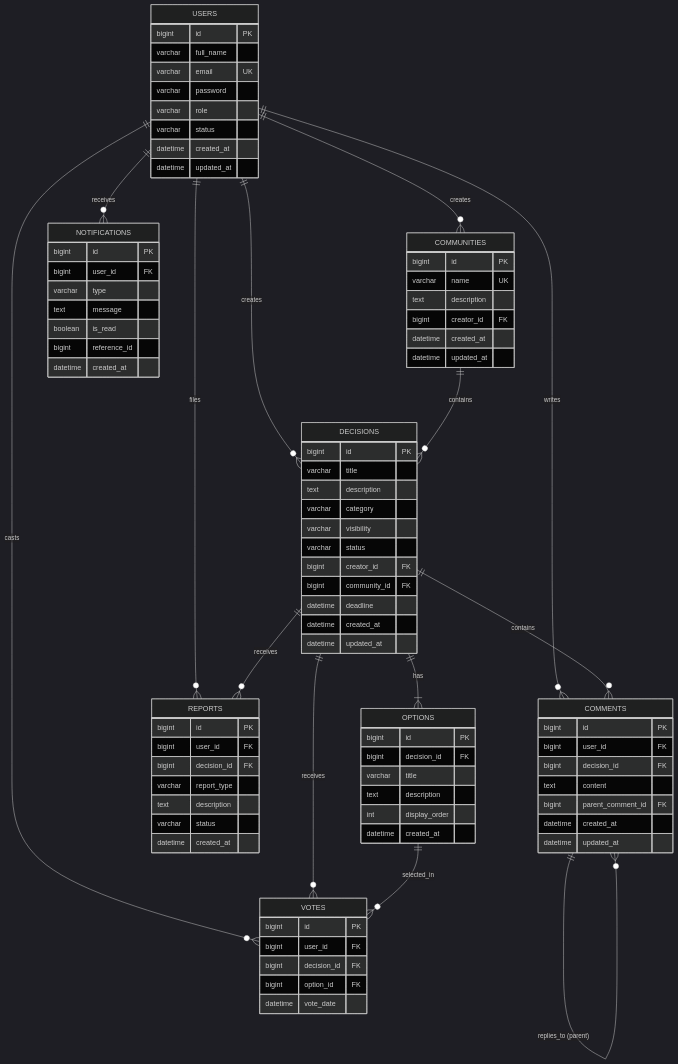
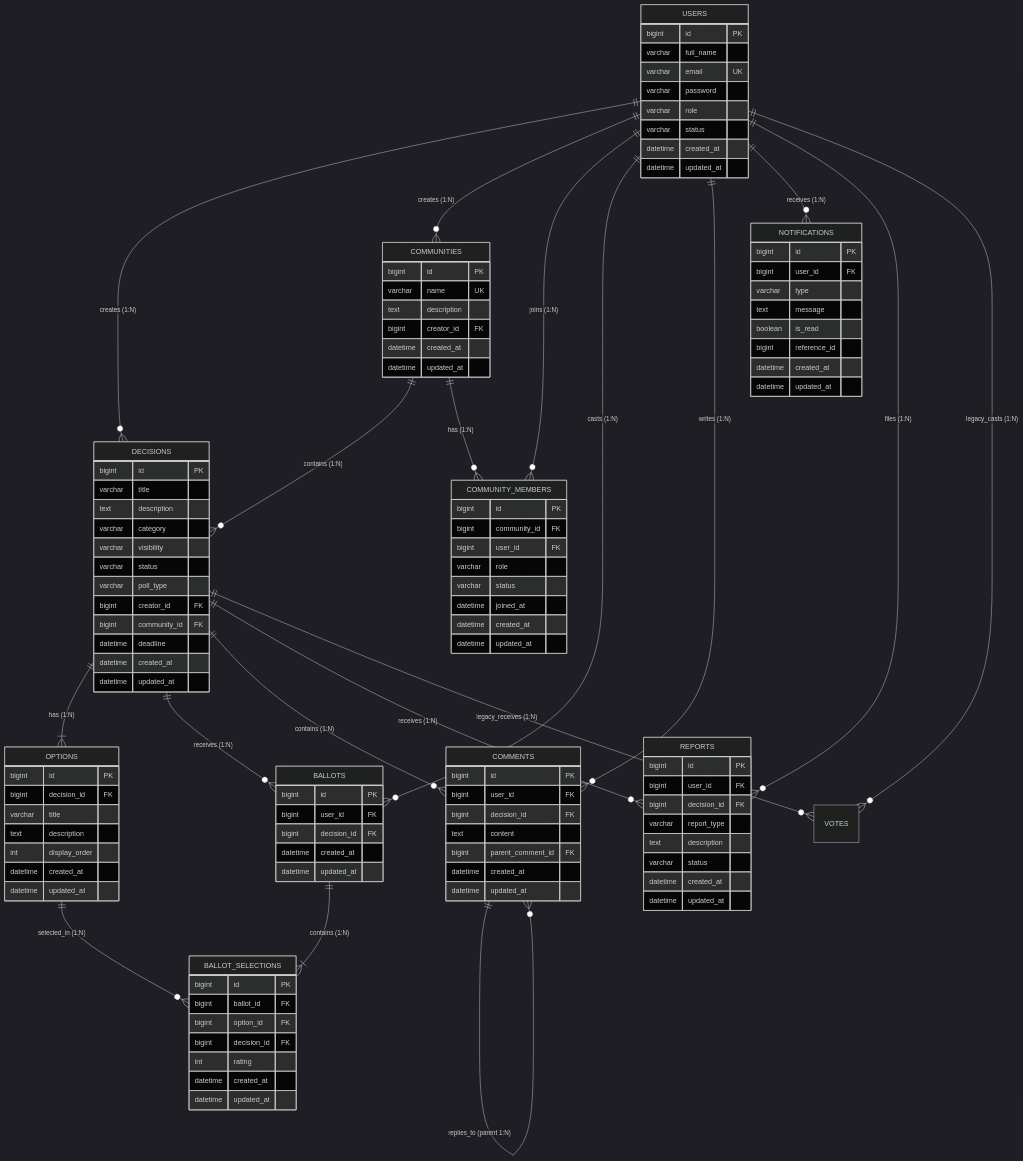
One commit to springboardmentor103/decisionIntelligence-oct-T1 changed the diagram in backend/README.md. Above: the diagram before and after it, drawn with Mermaid (dark theme). The commit also changed other lines of this file and 29 other files, not shown here.

````diff
--- a/backend/README.md
+++ b/backend/README.md
@@ -15,22 +15,27 @@
 ```mermaid
 erDiagram
-    USERS ||--o{ DECISIONS : "creates"
-    USERS ||--o{ COMMUNITIES : "creates"
-    USERS ||--o{ VOTES : "casts"
-    USERS ||--o{ COMMENTS : "writes"
-    USERS ||--o{ NOTIFICATIONS : "receives"
-    USERS ||--o{ REPORTS : "files"
-    
-    COMMUNITIES ||--o{ DECISIONS : "contains"
-    
-    DECISIONS ||--|{ OPTIONS : "has"
-    DECISIONS ||--o{ VOTES : "receives"
-    DECISIONS ||--o{ COMMENTS : "contains"
-    DECISIONS ||--o{ REPORTS : "receives"
-    
-    OPTIONS ||--o{ VOTES : "selected_in"
-    
-    COMMENTS ||--o{ COMMENTS : "replies_to (parent)"
+    USERS ||--o{ DECISIONS : "creates (1:N)"
+    USERS ||--o{ COMMUNITIES : "creates (1:N)"
+    USERS ||--o{ COMMUNITY_MEMBERS : "joins (1:N)"
+    USERS ||--o{ BALLOTS : "casts (1:N)"
+    USERS ||--o{ COMMENTS : "writes (1:N)"
+    USERS ||--o{ NOTIFICATIONS : "receives (1:N)"
+    USERS ||--o{ REPORTS : "files (1:N)"
+    USERS ||--o{ VOTES : "legacy_casts (1:N)"
+
+    COMMUNITIES ||--o{ DECISIONS : "contains (1:N)"
+    COMMUNITIES ||--o{ COMMUNITY_MEMBERS : "has (1:N)"
+
+    DECISIONS ||--|{ OPTIONS : "has (1:N)"
+    DECISIONS ||--o{ BALLOTS : "receives (1:N)"
+    DECISIONS ||--o{ COMMENTS : "contains (1:N)"
+    DECISIONS ||--o{ REPORTS : "receives (1:N)"
+    DECISIONS ||--o{ VOTES : "legacy_receives (1:N)"
+
+    BALLOTS ||--|{ BALLOT_SELECTIONS : "contains (1:N)"
+    OPTIONS ||--o{ BALLOT_SELECTIONS : "selected_in (1:N)"
+
+    COMMENTS ||--o{ COMMENTS : "replies_to (parent 1:N)"
 
     USERS {
         bigint id PK
@@ -52,6 +57,17 @@
         datetime updated_at
     }
 
+    COMMUNITY_MEMBERS {
+        bigint id PK
+        bigint community_id FK
+        bigint user_id FK
+        varchar role
+        varchar status
+        datetime joined_at
+        datetime created_at
+        datetime updated_at
+    }
+
     DECISIONS {
         bigint id PK
         varchar title
@@ -59,6 +75,7 @@
         varchar category
         varchar visibility
         varchar status
+        varchar poll_type
         bigint creator_id FK
         bigint community_id FK
         datetime deadline
@@ -73,14 +90,25 @@
         text description
         int display_order
         datetime created_at
+        datetime updated_at
     }
 
-    VOTES {
+    BALLOTS {
         bigint id PK
         bigint user_id FK
         bigint decision_id FK
+        datetime created_at
+        datetime updated_at
+    }
+
+    BALLOT_SELECTIONS {
+        bigint id PK
+        bigint ballot_id FK
         bigint option_id FK
-        datetime vote_date
+        bigint decision_id FK
+        int rating
+        datetime created_at
+        datetime updated_at
     }
 
     COMMENTS {
@@ -101,6 +129,7 @@
         boolean is_read
         bigint reference_id
         datetime created_at
+        datetime updated_at
     }
 
     REPORTS {
@@ -111,5 +140,6 @@
         text description
         varchar status
         datetime created_at
+        datetime updated_at
     }
 ```
````
